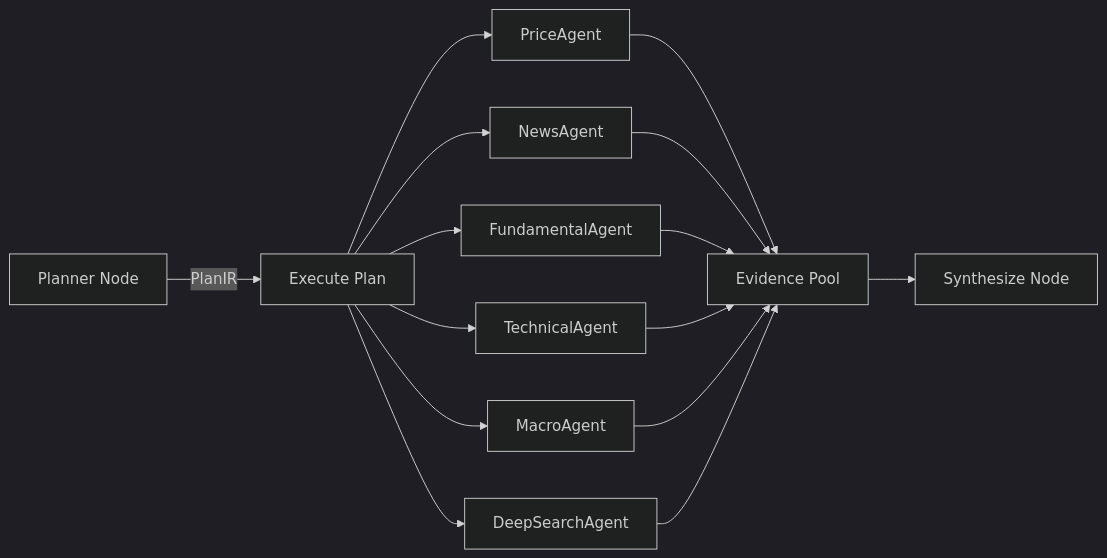
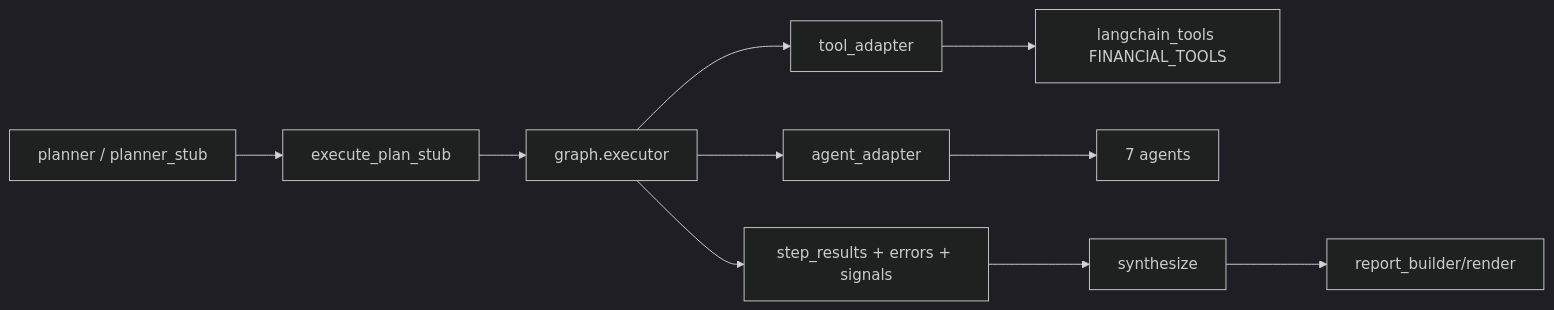
One commit to kkkano/FinSight changed the diagram in docs/AGENTS_GUIDE.md. Above: the diagram before and after it, drawn with Mermaid (dark theme). The commit also changed other lines of this file and 5 other files, not shown here.

Commit message:
docs: refresh architecture, agent-tool chain, and docs index

````diff
--- a/docs/AGENTS_GUIDE.md
+++ b/docs/AGENTS_GUIDE.md
@@ -9,19 +8,12 @@
 ```mermaid
-graph LR
-    Planner[Planner Node] -->|PlanIR| Executor[Execute Plan]
-    Executor --> PA[PriceAgent]
-    Executor --> NA[NewsAgent]
-    Executor --> FA[FundamentalAgent]
-    Executor --> TA[TechnicalAgent]
-    Executor --> MA[MacroAgent]
-    Executor --> DSA[DeepSearchAgent]
-
-    PA --> EP[Evidence Pool]
-    NA --> EP
-    FA --> EP
-    TA --> EP
-    MA --> EP
-    DSA --> EP
-
-    EP --> Synthesize[Synthesize Node]
+flowchart LR
+  PLAN[planner / planner_stub] --> EXEC[execute_plan_stub]
+  EXEC --> EXECORE[graph.executor]
+  EXECORE --> TOOL_ADAPTER[tool_adapter]
+  EXECORE --> AGENT_ADAPTER[agent_adapter]
+  TOOL_ADAPTER --> TOOLS[langchain_tools FINANCIAL_TOOLS]
+  AGENT_ADAPTER --> AGENTS[7 agents]
+  EXECORE --> ARTIFACTS[step_results + errors + signals]
+  ARTIFACTS --> SYNTH[synthesize]
+  SYNTH --> REPORT[report_builder/render]
 ```
````
